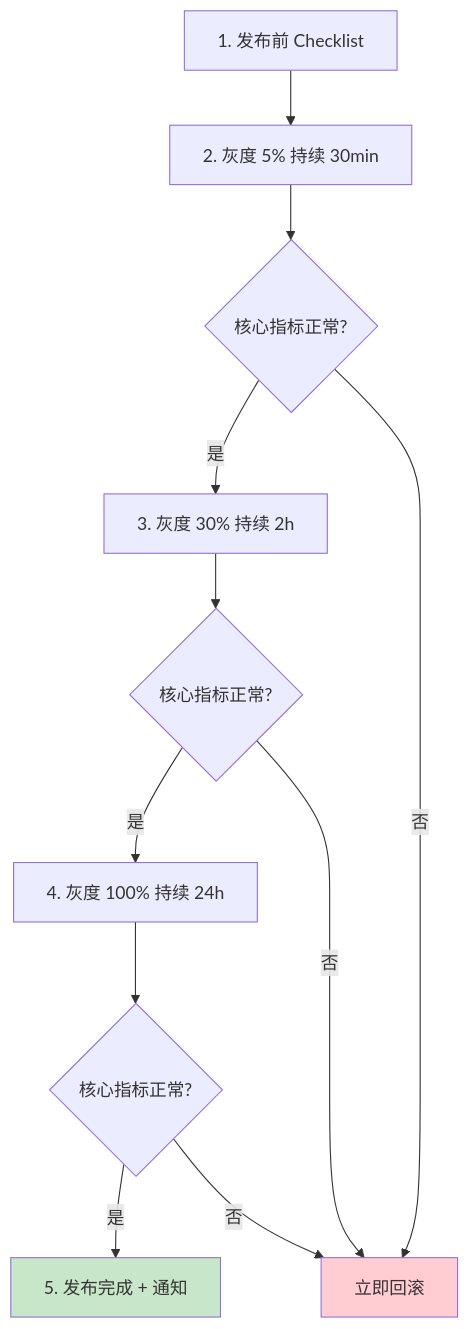
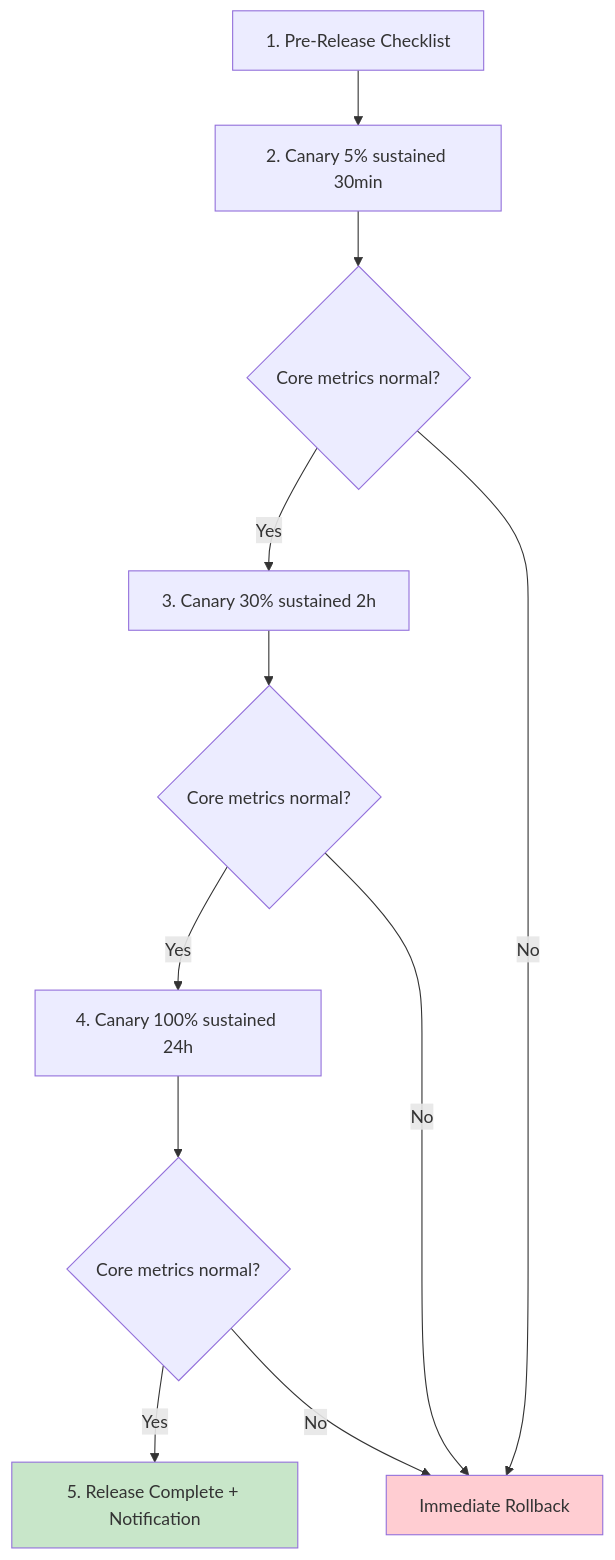
The first of 2 diagrams in templates/产品/退役层/【模板】知识沉淀.md (Kirky-X/cangjie), drawn with Mermaid before and after one commit. The commit also changed other lines of this file and 60 other files, not shown here.

````diff
--- a/templates/产品/退役层/【模板】知识沉淀.md
+++ b/templates/产品/退役层/【模板】知识沉淀.md
@@ -252,15 +243,15 @@
 ```mermaid
 flowchart TD
-    A[1. 发布前 Checklist] --> B[2. 灰度 5% 持续 30min]
-    B --> C{核心指标正常?}
-    C -->|是| D[3. 灰度 30% 持续 2h]
-    C -->|否| Z[立即回滚]
-    D --> E{核心指标正常?}
-    E -->|是| F[4. 灰度 100% 持续 24h]
-    E -->|否| Z
-    F --> G{核心指标正常?}
-    G -->|是| H[5. 发布完成 + 通知]
-    G -->|否| Z
+    A[1. Pre-Release Checklist] --> B[2. Canary 5% sustained 30min]
+    B --> C{Core metrics normal?}
+    C -->|Yes| D[3. Canary 30% sustained 2h]
+    C -->|No| Z[Immediate Rollback]
+    D --> E{Core metrics normal?}
+    E -->|Yes| F[4. Canary 100% sustained 24h]
+    E -->|No| Z
+    F --> G{Core metrics normal?}
+    G -->|Yes| H[5. Release Complete + Notification]
+    G -->|No| Z
     style Z fill:#ffcdd2
     style H fill:#c8e6c9
 ```
````
